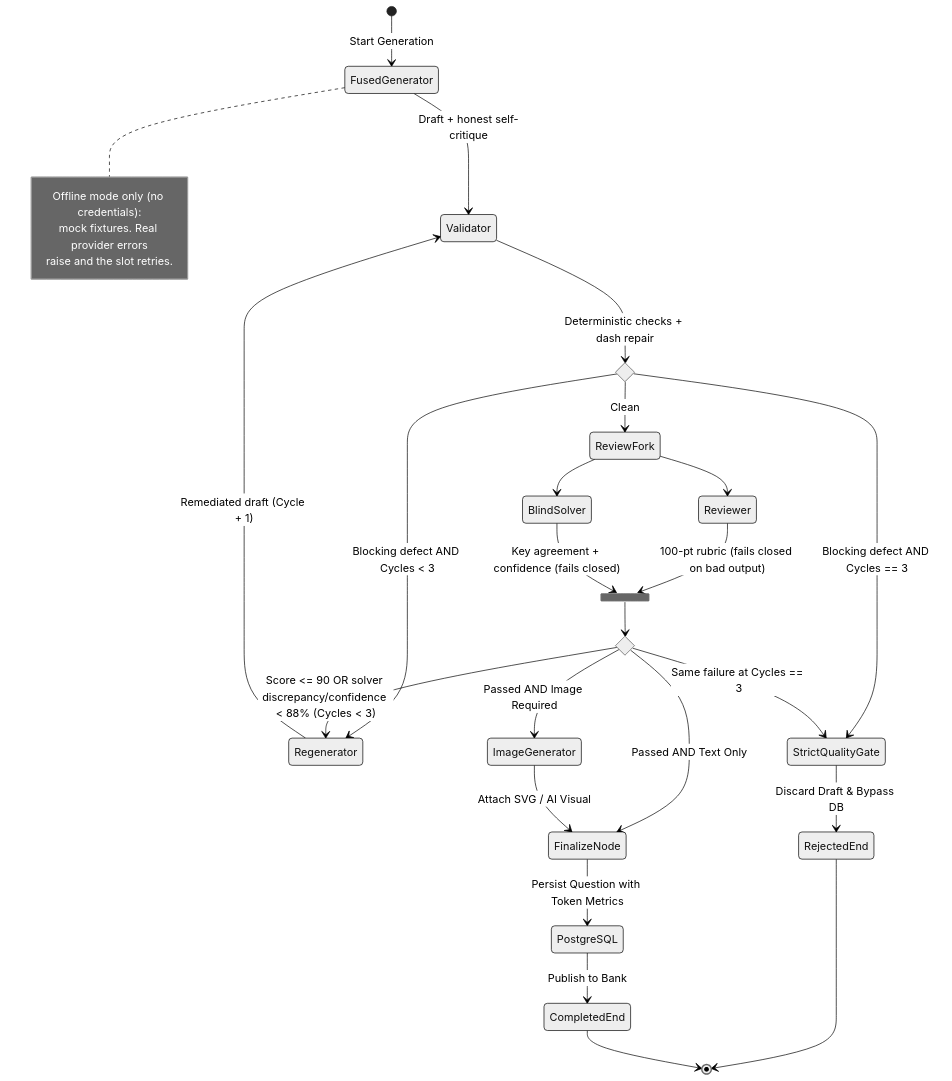
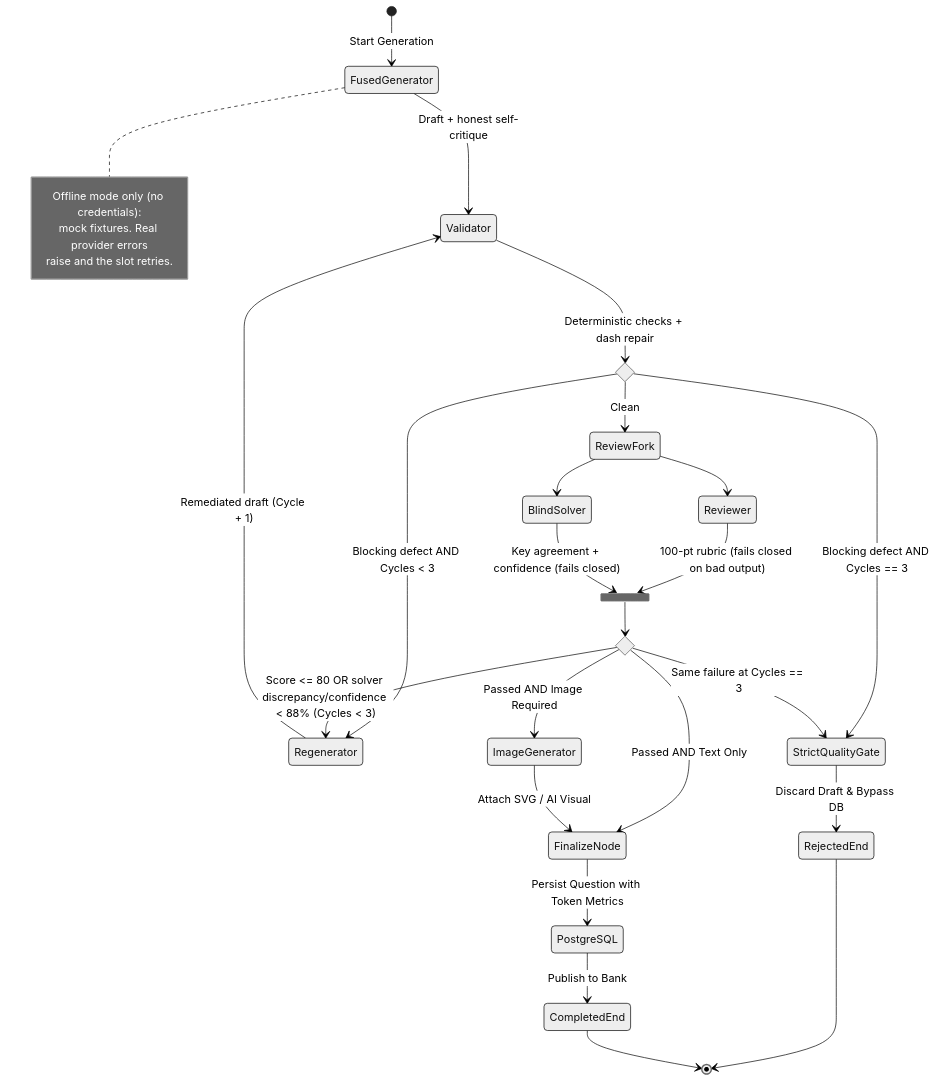
One commit to VishwamPatel-Infynno/Question-Bank-Generator changed the second of 8 diagrams in docs/ARCHITECTURE.md. Above: the diagram before and after it, drawn with Mermaid (neutral theme). The commit also changed other lines of this file and 121 other files, not shown here.

First line of the commit message:
refactor: modernize architecture, add prometheus telemetry, optimize caching, and enforce 100% type purity

````diff
--- a/docs/ARCHITECTURE.md
+++ b/docs/ARCHITECTURE.md
@@ -74,41 +74,41 @@
 ```mermaid
 stateDiagram-v2
     [*] --> FusedGenerator: Start Generation
 
     FusedGenerator --> Validator: Draft + honest self-critique
     note right of FusedGenerator
         Offline mode only (no credentials):
         mock fixtures. Real provider errors
         raise and the slot retries.
     end note
 
     state ValidatorRouter <<choice>>
     Validator --> ValidatorRouter: Deterministic checks + dash repair
     ValidatorRouter --> Regenerator: Blocking defect AND Cycles < 3
     ValidatorRouter --> StrictQualityGate: Blocking defect AND Cycles == 3
     ValidatorRouter --> ReviewFork: Clean
 
     state ReviewFork <<fork>>
     ReviewFork --> Reviewer
     ReviewFork --> BlindSolver
     state ReviewJoin <<join>>
     Reviewer --> ReviewJoin: 100-pt rubric (fails closed on bad output)
     BlindSolver --> ReviewJoin: Key agreement + confidence (fails closed)
 
     state GateRouter <<choice>>
     ReviewJoin --> GateRouter
-    GateRouter --> Regenerator: Score <= 90 OR solver discrepancy/confidence < 88% (Cycles < 3)
+    GateRouter --> Regenerator: Score <= 80 OR solver discrepancy/confidence < 88% (Cycles < 3)
     GateRouter --> StrictQualityGate: Same failure at Cycles == 3
     Regenerator --> Validator: Remediated draft (Cycle + 1)
 
     GateRouter --> ImageGenerator: Passed AND Image Required
     GateRouter --> FinalizeNode: Passed AND Text Only
     ImageGenerator --> FinalizeNode: Attach SVG / AI Visual
 
     StrictQualityGate --> RejectedEnd: Discard Draft & Bypass DB
     RejectedEnd --> [*]
 
     FinalizeNode --> PostgreSQL: Persist Question with Token Metrics
     PostgreSQL --> CompletedEnd: Publish to Bank
     CompletedEnd --> [*]
 ```
````
